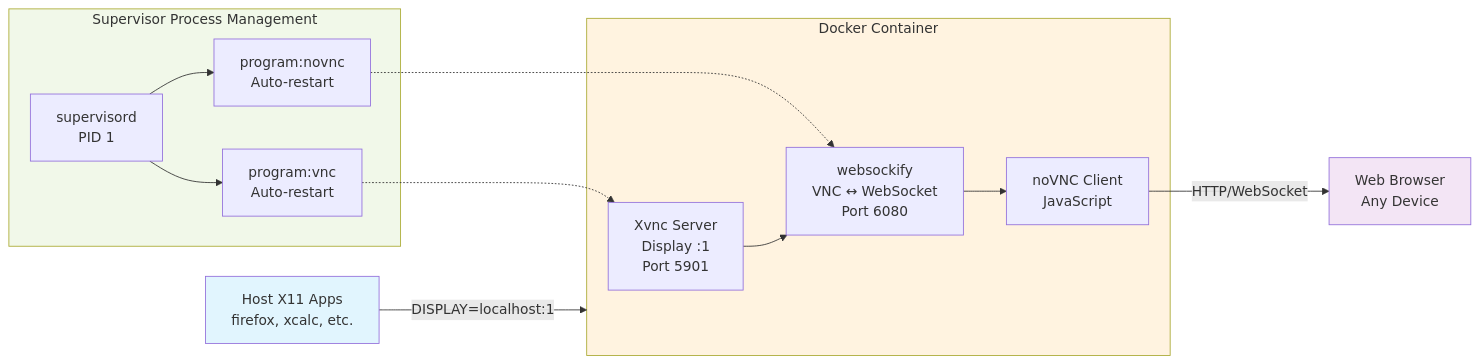
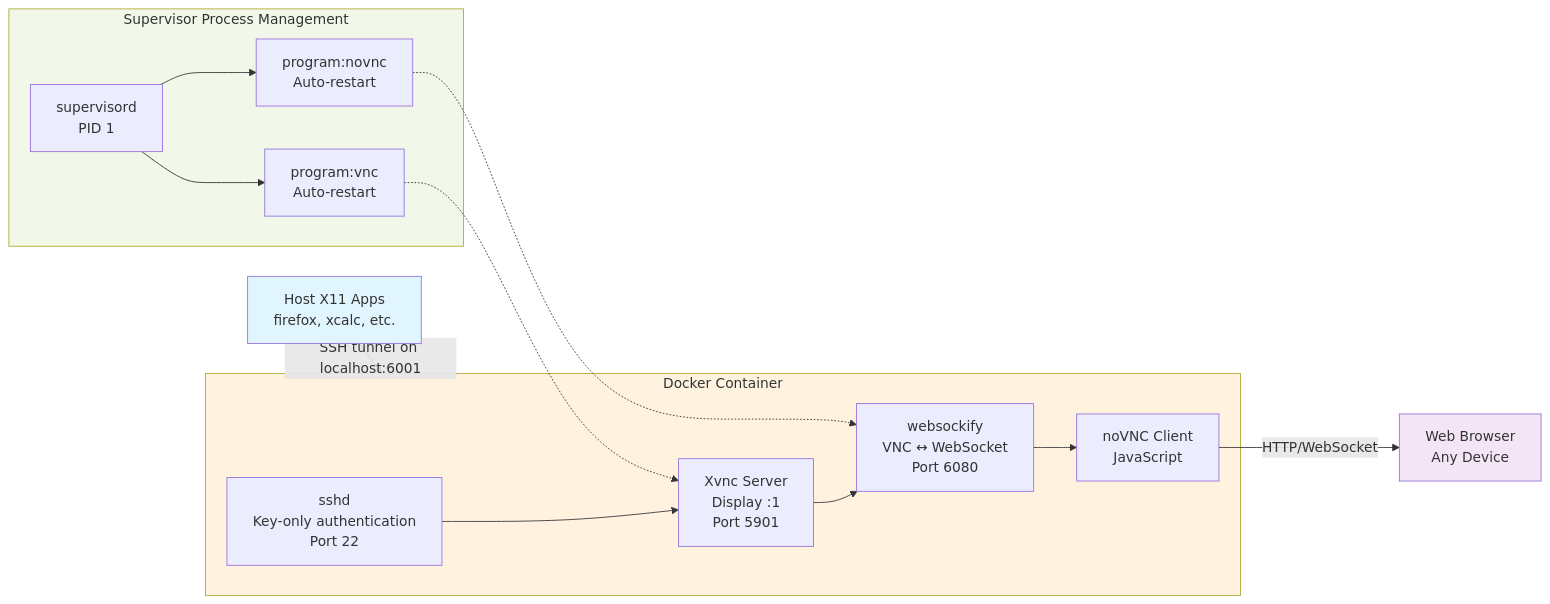
Before and after one commit to khowling/x11-to-html: the diagram in x11-web-bridge/README.md, drawn with Mermaid. The commit also changed other lines of this file and 9 other files, not shown here.

````diff
--- a/x11-web-bridge/README.md
+++ b/x11-web-bridge/README.md
@@ -80,31 +80,33 @@
 ```mermaid
 flowchart LR
-    A[Host X11 Apps<br/>firefox, xcalc, etc.] -->|DISPLAY=localhost:1| B[Docker Container]
+    A[Host X11 Apps<br/>firefox, xcalc, etc.] -->|SSH tunnel on localhost:6001| B[Docker Container]
     
     subgraph B[" Docker Container "]
         C[Xvnc Server<br/>Display :1<br/>Port 5901]
+        S[sshd<br/>Key-only authentication<br/>Port 22]
         D[websockify<br/>VNC ↔ WebSocket<br/>Port 6080]
         E[noVNC Client<br/>JavaScript]
         
+        S --> C
         C --> D
         D --> E
     end
     
     E -->|HTTP/WebSocket| F[Web Browser<br/>Any Device]
     
     subgraph G[" Supervisor Process Management "]
         H[supervisord<br/>PID 1]
         I[program:vnc<br/>Auto-restart]
         J[program:novnc<br/>Auto-restart]
         
         H --> I
         H --> J
         I -.-> C
         J -.-> D
     end
     
     style A fill:#e1f5fe
     style F fill:#f3e5f5
     style B fill:#fff3e0
     style G fill:#f1f8e9
 ```
````
